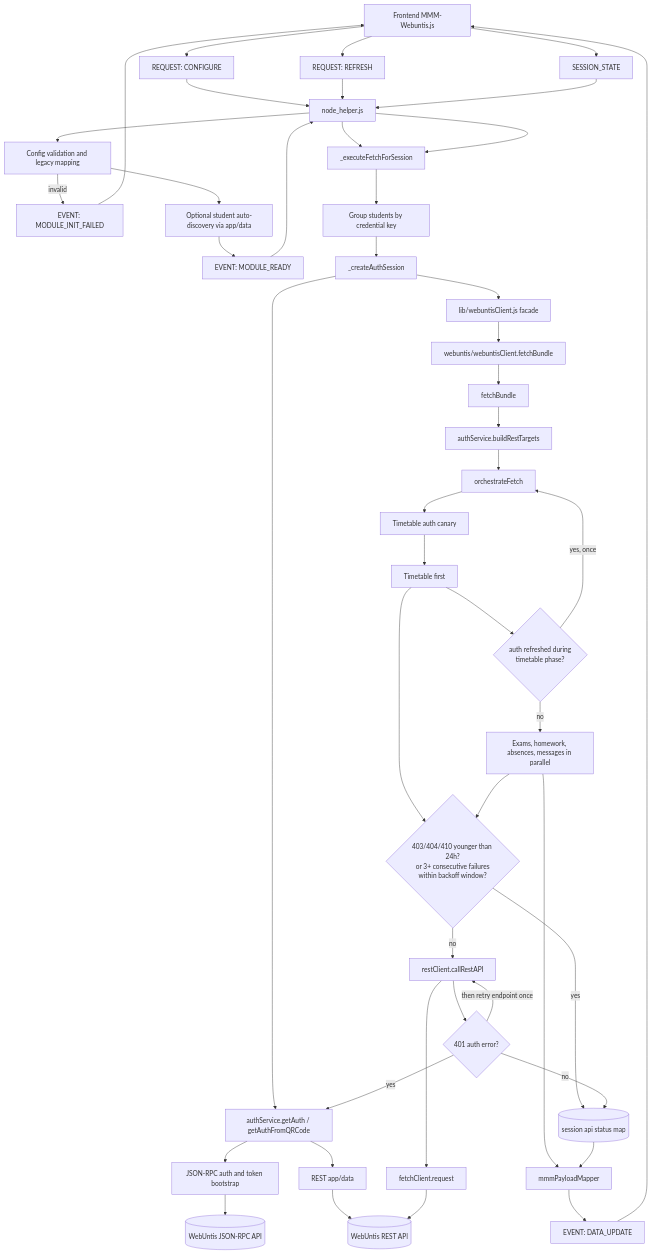
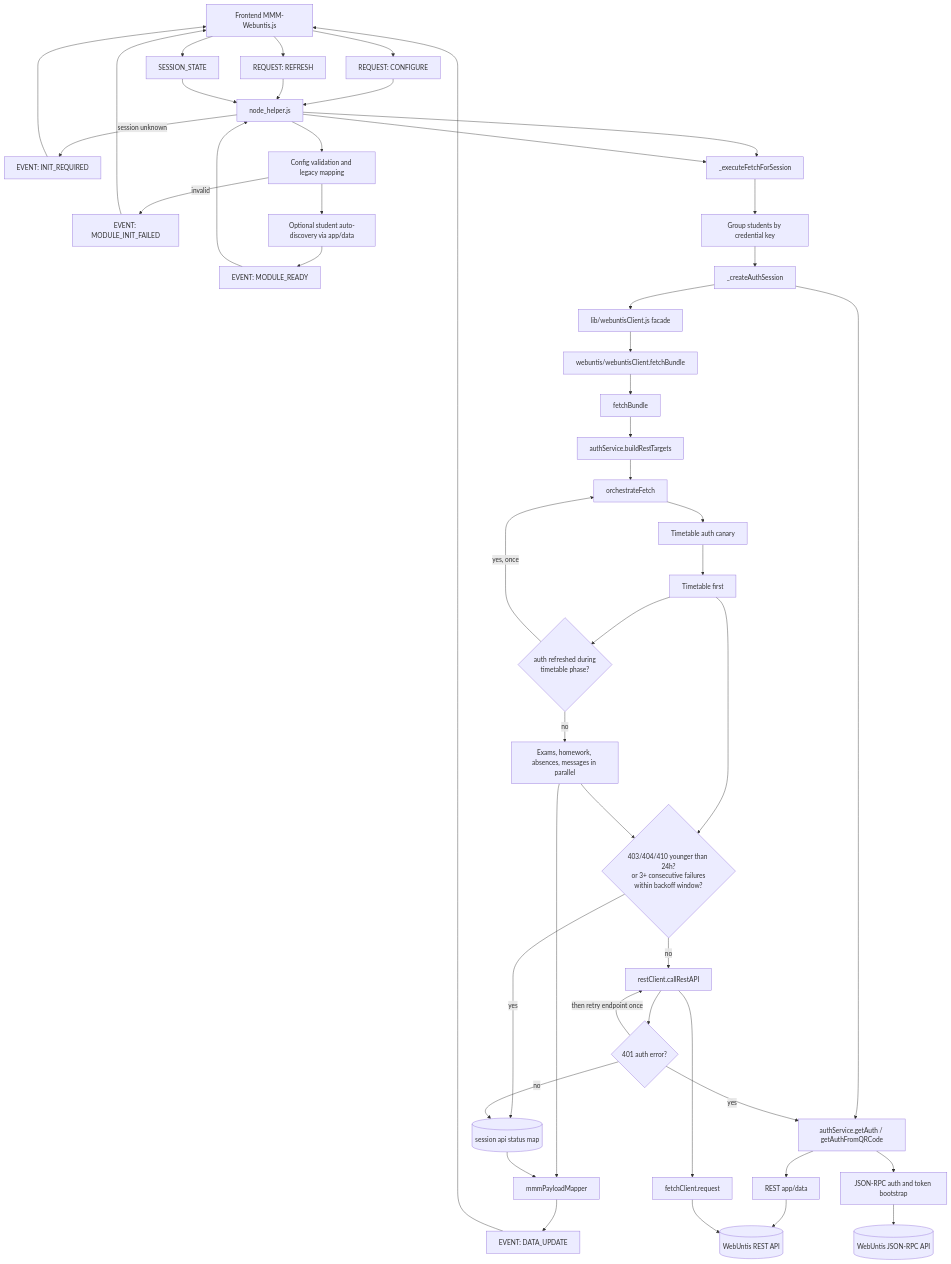
Before and after one commit to HeikoGr/MMM-Webuntis: the first of 2 diagrams in docs/SERVER_REQUEST_FLOW.md, drawn with Mermaid. The commit also changed other lines of this file and 18 other files, not shown here.

First line of the commit message:
fix: restore auth diagnostics, slim the REFRESH payload, clean up the docs

````diff
--- a/docs/SERVER_REQUEST_FLOW.md
+++ b/docs/SERVER_REQUEST_FLOW.md
@@ -32,77 +32,79 @@
 ```mermaid
 flowchart TD
     FE[Frontend MMM-Webuntis.js]
     NH[node_helper.js]
     INIT[REQUEST: CONFIGURE]
     FETCH[REQUEST: REFRESH]
     STATE[SESSION_STATE]
     MODOK[EVENT: MODULE_READY]
     GOT[EVENT: DATA_UPDATE]
     INITERR[EVENT: MODULE_INIT_FAILED]
+    INITREQ[EVENT: INIT_REQUIRED]
 
     CFG[Config validation and legacy mapping]
     DISCOVER[Optional student auto-discovery via app/data]
     EXEC[_executeFetchForSession]
     GROUP[Group students by credential key]
     AUTHSESSION[_createAuthSession]
 
     FACADE[lib/webuntisClient.js facade]
     CLIENT[webuntis/webuntisClient.fetchBundle]
     BUNDLE[fetchBundle]
     TARGETS[authService.buildRestTargets]
     ORCH[orchestrateFetch]
     CANARY[Timetable auth canary]
     TTABLE[Timetable first]
     PAR[Exams, homework, absences, messages in parallel]
     MAP[mmmPayloadMapper]
 
     AUTH[authService.getAuth / getAuthFromQRCode]
     JSONRPC[JSON-RPC auth and token bootstrap]
     APPDATA[REST app/data]
     RESTCALL[restClient.callRestAPI]
     FETCHC[fetchClient.request]
 
     STATUS[(session api status map)]
     SKIP{403/404/410 younger than 24h?\nor 3+ consecutive failures\nwithin backoff window?}
-    REFRESH{401 auth error?}
+    REAUTH{401 auth error?}
     RETRYORCH{auth refreshed during\ntimetable phase?}
 
     API[(WebUntis REST API)]
     RPC[(WebUntis JSON-RPC API)]
 
     FE --> INIT --> NH --> CFG
     CFG --> DISCOVER
     DISCOVER --> MODOK
     MODOK --> NH
     NH --> EXEC
 
     FE --> FETCH --> NH --> EXEC
+    NH -- session unknown --> INITREQ --> FE
     FE --> STATE --> NH
 
     EXEC --> GROUP --> AUTHSESSION --> FACADE
     FACADE --> CLIENT
     CLIENT --> BUNDLE --> TARGETS --> ORCH
 
     ORCH --> CANARY
     CANARY --> TTABLE
     TTABLE --> RETRYORCH
     RETRYORCH -- yes, once --> ORCH
     RETRYORCH -- no --> PAR
     PAR --> MAP --> GOT --> FE
 
     AUTHSESSION --> AUTH
     AUTH --> JSONRPC --> RPC
     AUTH --> APPDATA --> API
 
     TTABLE --> SKIP
     PAR --> SKIP
     SKIP -- yes --> STATUS
     SKIP -- no --> RESTCALL --> FETCHC --> API
-    RESTCALL --> REFRESH
-    REFRESH -- yes --> AUTH
-    REFRESH -- then retry endpoint once --> RESTCALL
-    REFRESH -- no --> STATUS
+    RESTCALL --> REAUTH
+    REAUTH -- yes --> AUTH
+    REAUTH -- then retry endpoint once --> RESTCALL
+    REAUTH -- no --> STATUS
     STATUS --> MAP
 
     CFG -- invalid --> INITERR --> FE
 ```
````
